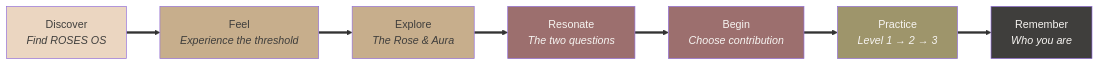
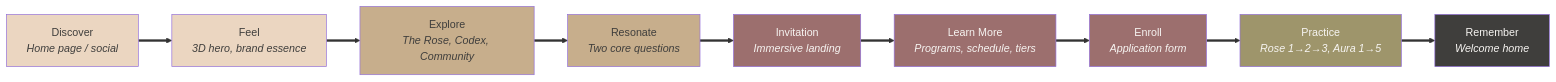
One commit to Light-Brands/roses-os changed diagram 28 of 28 in docs/brand/brand-dna.md. Above: the diagram before and after it, drawn with Mermaid. The commit also changed other lines of this file, not shown here.

First line of the commit message:
Update brand DNA to match the roses.os site implementation

````diff
--- a/docs/brand/brand-dna.md
+++ b/docs/brand/brand-dna.md
@@ -1872,20 +2104,24 @@
 ```mermaid
 graph LR
-    DISCOVER["Discover<br/><i>Find ROSES OS</i>"]
-    FEEL["Feel<br/><i>Experience the threshold</i>"]
-    EXPLORE["Explore<br/><i>The Rose & Aura</i>"]
-    RESONATE["Resonate<br/><i>The two questions</i>"]
-    BEGIN_J["Begin<br/><i>Choose contribution</i>"]
-    PRACTICE["Practice<br/><i>Level 1 → 2 → 3</i>"]
-    REMEMBER["Remember<br/><i>Who you are</i>"]
+    DISCOVER["Discover<br/><i>Home page / social</i>"]
+    FEEL["Feel<br/><i>3D hero, brand essence</i>"]
+    EXPLORE["Explore<br/><i>The Rose, Codex, Community</i>"]
+    RESONATE["Resonate<br/><i>Two core questions</i>"]
+    INVITE["Invitation<br/><i>Immersive landing</i>"]
+    LEARN["Learn More<br/><i>Programs, schedule, tiers</i>"]
+    ENROLL["Enroll<br/><i>Application form</i>"]
+    PRACTICE["Practice<br/><i>Rose 1→2→3, Aura 1→5</i>"]
+    REMEMBER["Remember<br/><i>Welcome home</i>"]
 
-    DISCOVER ==> FEEL ==> EXPLORE ==> RESONATE ==> BEGIN_J ==> PRACTICE ==> REMEMBER
+    DISCOVER ==> FEEL ==> EXPLORE ==> RESONATE ==> INVITE ==> LEARN ==> ENROLL ==> PRACTICE ==> REMEMBER
 
     style DISCOVER fill:#EBD6C1,color:#3F3E3C
-    style FEEL fill:#C7AE8C,color:#3F3E3C
+    style FEEL fill:#EBD6C1,color:#3F3E3C
     style EXPLORE fill:#C7AE8C,color:#3F3E3C
-    style RESONATE fill:#9C6F6E,color:#F7F5F2
-    style BEGIN_J fill:#9C6F6E,color:#F7F5F2
+    style RESONATE fill:#C7AE8C,color:#3F3E3C
+    style INVITE fill:#9C6F6E,color:#F7F5F2
+    style LEARN fill:#9C6F6E,color:#F7F5F2
+    style ENROLL fill:#9C6F6E,color:#F7F5F2
     style PRACTICE fill:#9E956B,color:#F7F5F2
     style REMEMBER fill:#3F3E3C,color:#F7F5F2
 ```
````
